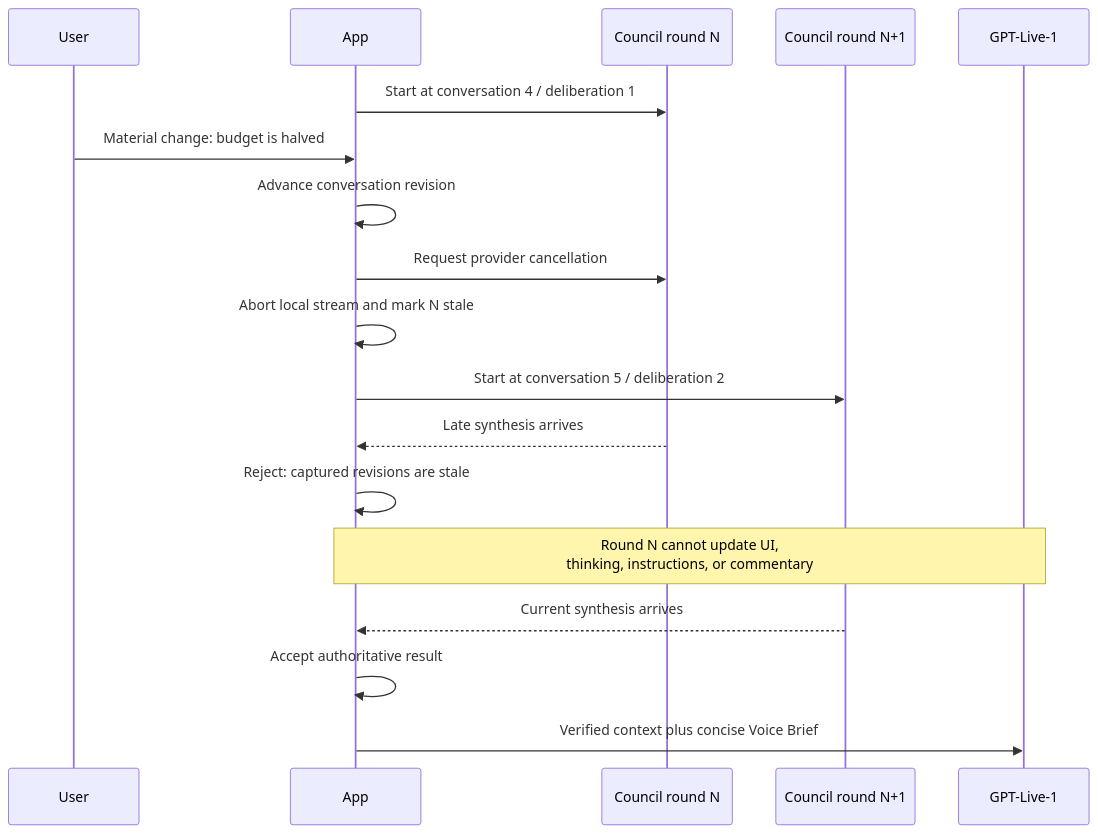
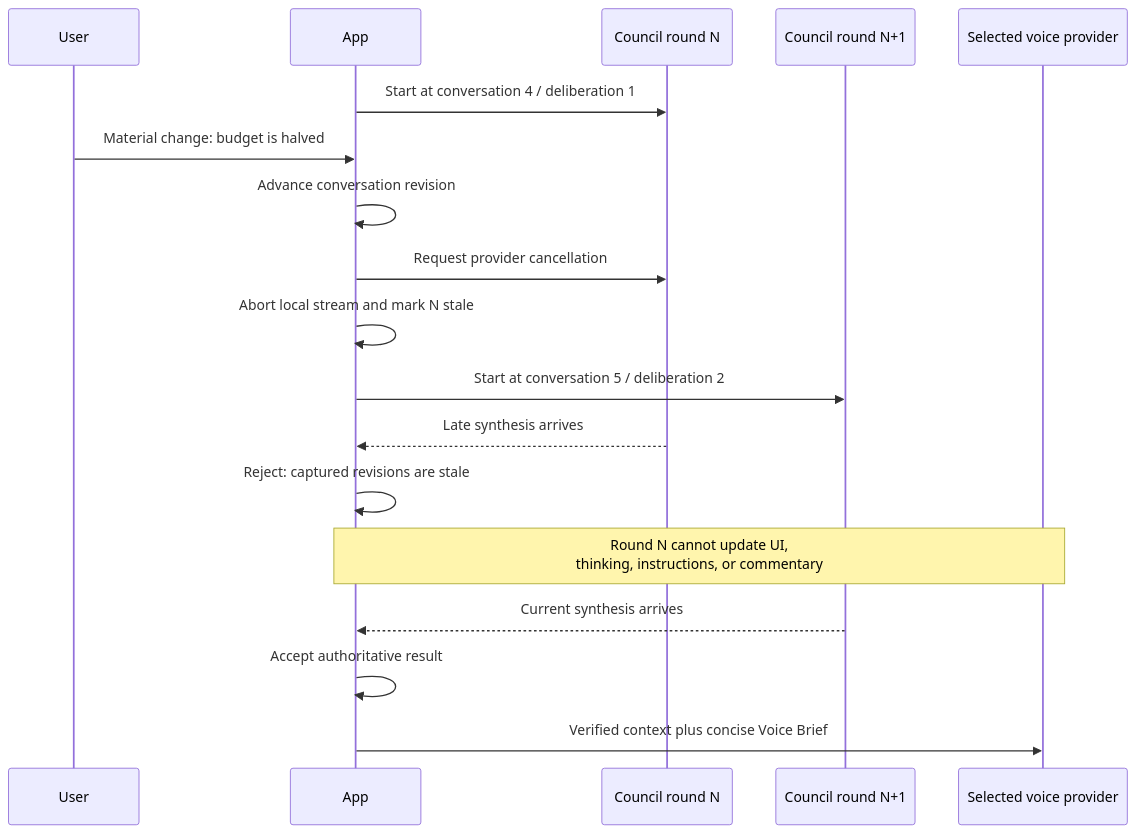
Before and after one commit to Laksh-star/sagacity-syndicate: the eighth of 10 diagrams in ARCHITECTURE.md, drawn with Mermaid. The commit also changed other lines of this file and 88 other files, not shown here.

````diff
--- a/ARCHITECTURE.md
+++ b/ARCHITECTURE.md
@@ -359,21 +422,21 @@
 ```mermaid
 sequenceDiagram
     participant User
     participant App
     participant RoundN as Council round N
     participant RoundN1 as Council round N+1
-    participant Live as GPT-Live-1
+    participant Live as Selected voice provider
 
     App->>RoundN: Start at conversation 4 / deliberation 1
     User->>App: Material change: budget is halved
     App->>App: Advance conversation revision
     App->>RoundN: Request provider cancellation
     App->>App: Abort local stream and mark N stale
     App->>RoundN1: Start at conversation 5 / deliberation 2
     RoundN-->>App: Late synthesis arrives
     App->>App: Reject: captured revisions are stale
     Note over App,Live: Round N cannot update UI,<br/>thinking, instructions, or commentary
     RoundN1-->>App: Current synthesis arrives
     App->>App: Accept authoritative result
     App->>Live: Verified context plus concise Voice Brief
 ```
````
